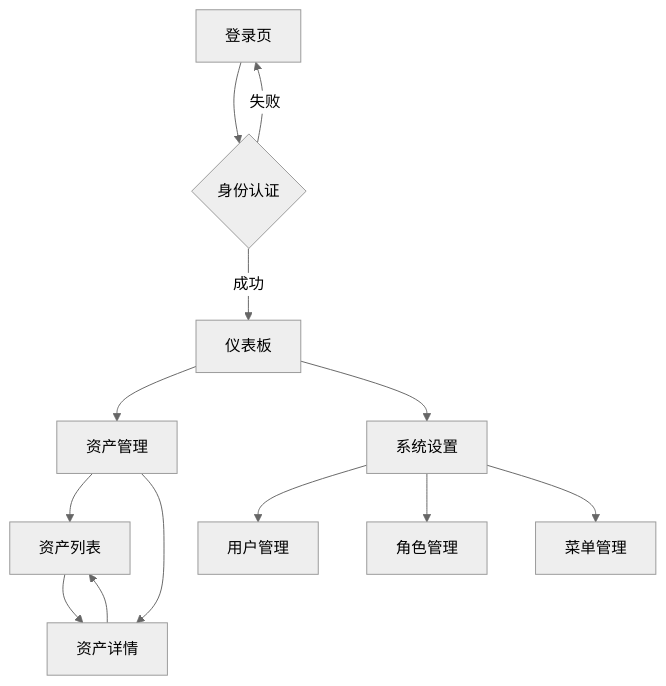
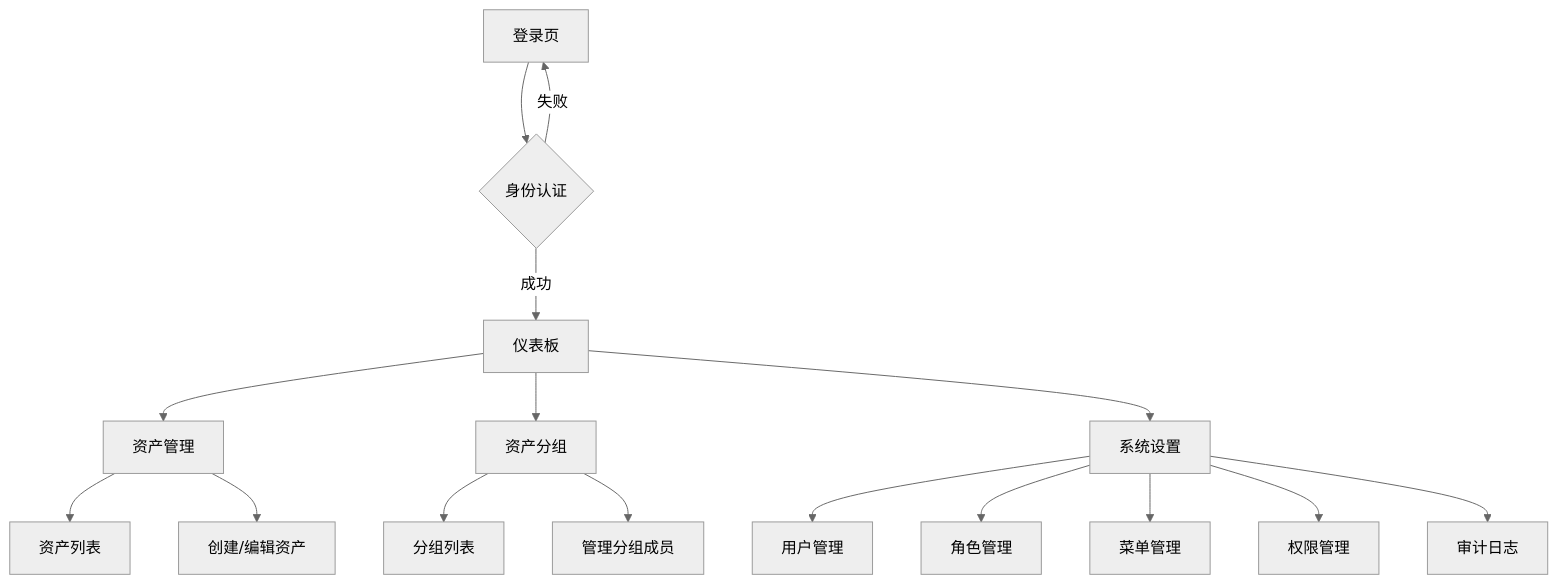
Before and after one commit to blurcat/fast_omp: the diagram in .trae/documents/ops_middle_platform_prd.md, drawn with Mermaid (neutral theme). The commit also changed other lines of this file and 2 other files, not shown here.

````diff
--- a/.trae/documents/ops_middle_platform_prd.md
+++ b/.trae/documents/ops_middle_platform_prd.md
@@ -47,15 +61,18 @@
 ```mermaid
 graph TD
     A[登录页] --> B{身份认证}
     B -->|成功| C[仪表板]
     B -->|失败| A
     C --> D[资产管理]
-    C --> E[系统设置]
-    D --> F[资产列表]
-    D --> G[资产详情]
-    E --> H[用户管理]
-    E --> I[角色管理]
-    E --> J[菜单管理]
-    F --> G
-    G --> F
+    C --> E[资产分组]
+    C --> F[系统设置]
+    D --> D1[资产列表]
+    D --> D2[创建/编辑资产]
+    E --> E1[分组列表]
+    E --> E2[管理分组成员]
+    F --> F1[用户管理]
+    F --> F2[角色管理]
+    F --> F3[菜单管理]
+    F --> F4[权限管理]
+    F --> F5[审计日志]
 ```
````
